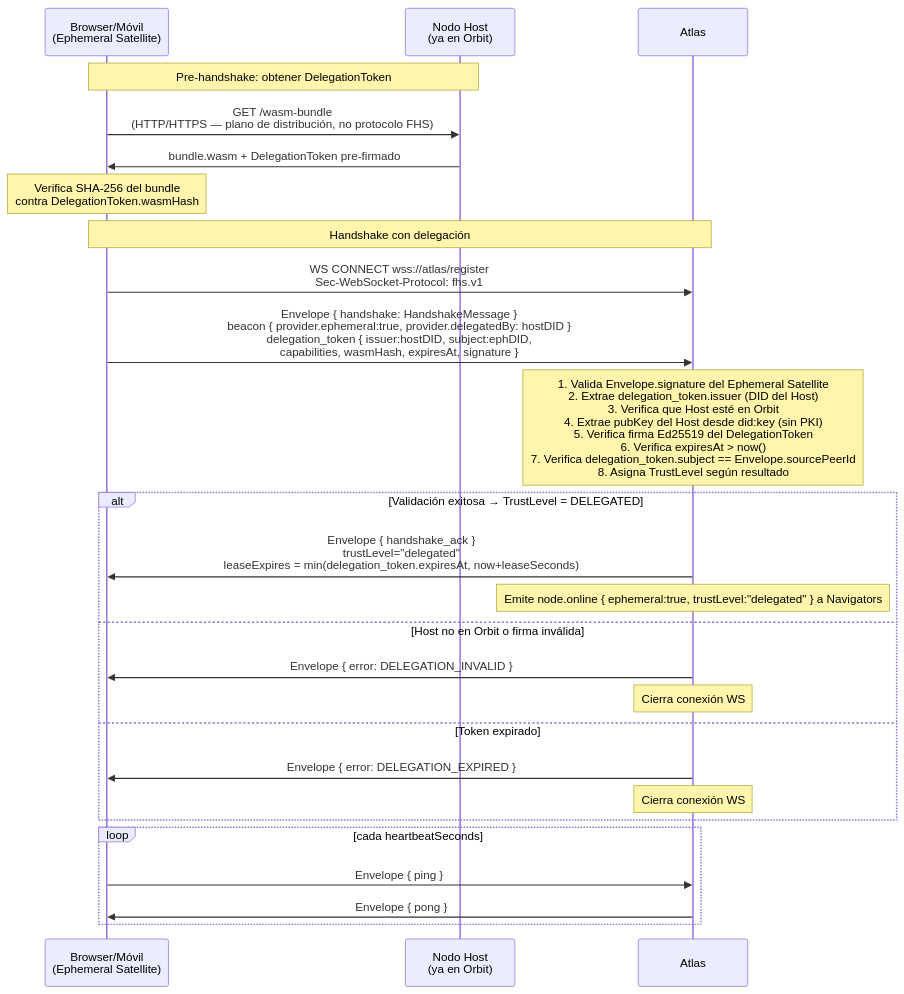
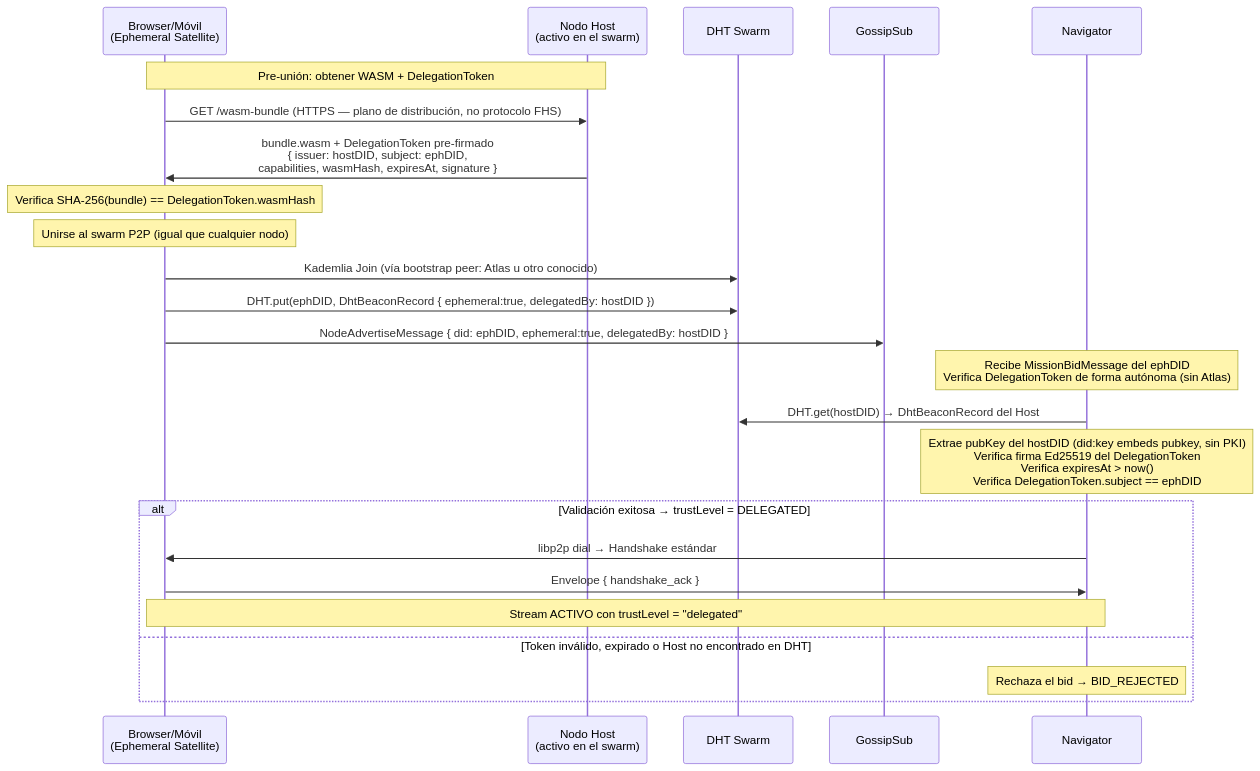
One commit to rafex/galaxIA changed the second of 3 diagrams in protocol/handshake.md. Above: the diagram before and after it, drawn with Mermaid. The commit also changed other lines of this file and 3 other files, not shown here.

First line of the commit message:
docs(protocol): actualizar flujos y docs de confianza al modelo P2P libp2p

````diff
--- a/protocol/handshake.md
+++ b/protocol/handshake.md
@@ -36,36 +47,33 @@
 ```mermaid
 sequenceDiagram
     participant B as Browser/Móvil<br/>(Ephemeral Satellite)
-    participant H as Nodo Host<br/>(ya en Orbit)
-    participant A as Atlas
+    participant H as Nodo Host<br/>(activo en el swarm)
+    participant D as DHT Swarm
+    participant G as GossipSub
+    participant NAV as Navigator
 
-    note over B,H: Pre-handshake: obtener DelegationToken
+    note over B,H: Pre-unión: obtener WASM + DelegationToken
 
-    B->>H: GET /wasm-bundle<br/>(HTTP/HTTPS — plano de distribución, no protocolo FHS)
-    H->>B: bundle.wasm + DelegationToken pre-firmado
-    note over B: Verifica SHA-256 del bundle<br/>contra DelegationToken.wasmHash
+    B->>H: GET /wasm-bundle (HTTPS — plano de distribución, no protocolo FHS)
+    H->>B: bundle.wasm + DelegationToken pre-firmado<br/>{ issuer: hostDID, subject: ephDID,<br/>  capabilities, wasmHash, expiresAt, signature }
+    note over B: Verifica SHA-256(bundle) == DelegationToken.wasmHash
 
-    note over B,A: Handshake con delegación
+    note over B: Unirse al swarm P2P (igual que cualquier nodo)
 
-    B->>A: WS CONNECT wss://atlas/register<br/>Sec-WebSocket-Protocol: fhs.v1
+    B->>D: Kademlia Join (vía bootstrap peer: Atlas u otro conocido)
+    B->>D: DHT.put(ephDID, DhtBeaconRecord { ephemeral:true, delegatedBy: hostDID })
+    B->>G: NodeAdvertiseMessage { did: ephDID, ephemeral:true, delegatedBy: hostDID }
 
-    B->>A: Envelope { handshake: HandshakeMessage }<br/>beacon { provider.ephemeral:true, provider.delegatedBy: hostDID }<br/>delegation_token { issuer:hostDID, subject:ephDID,<br/>capabilities, wasmHash, expiresAt, signature }
+    note over NAV: Recibe MissionBidMessage del ephDID<br/>Verifica DelegationToken de forma autónoma (sin Atlas)
 
-    note over A: 1. Valida Envelope.signature del Ephemeral Satellite<br/>2. Extrae delegation_token.issuer (DID del Host)<br/>3. Verifica que Host esté en Orbit<br/>4. Extrae pubKey del Host desde did:key (sin PKI)<br/>5. Verifica firma Ed25519 del DelegationToken<br/>6. Verifica expiresAt > now()<br/>7. Verifica delegation_token.subject == Envelope.sourcePeerId<br/>8. Asigna TrustLevel según resultado
+    NAV->>D: DHT.get(hostDID) → DhtBeaconRecord del Host
+    note over NAV: Extrae pubKey del hostDID (did:key embeds pubkey, sin PKI)<br/>Verifica firma Ed25519 del DelegationToken<br/>Verifica expiresAt > now()<br/>Verifica DelegationToken.subject == ephDID
 
-    alt Validación exitosa → TrustLevel = DELEGATED
-        A->>B: Envelope { handshake_ack }<br/>trustLevel="delegated"<br/>leaseExpires = min(delegation_token.expiresAt, now+leaseSeconds)
-        note over A: Emite node.online { ephemeral:true, trustLevel:"delegated" } a Navigators
-    else Host no en Orbit o firma inválida
-        A->>B: Envelope { error: DELEGATION_INVALID }
-        note over A: Cierra conexión WS
-    else Token expirado
-        A->>B: Envelope { error: DELEGATION_EXPIRED }
-        note over A: Cierra conexión WS
-    end
-
-    loop cada heartbeatSeconds
-        B->>A: Envelope { ping }
-        A->>B: Envelope { pong }
+    alt Validación exitosa → trustLevel = DELEGATED
+        NAV->>B: libp2p dial → Handshake estándar
+        B->>NAV: Envelope { handshake_ack }
+        note over NAV,B: Stream ACTIVO con trustLevel = "delegated"
+    else Token inválido, expirado o Host no encontrado en DHT
+        note over NAV: Rechaza el bid → BID_REJECTED
     end
 ```
````
